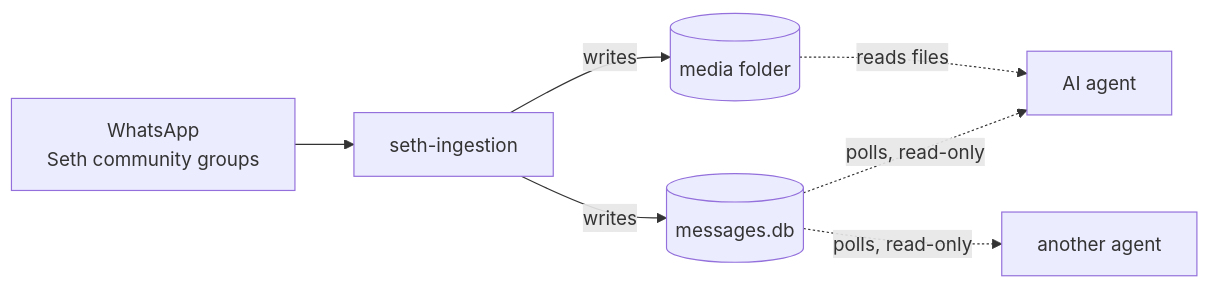
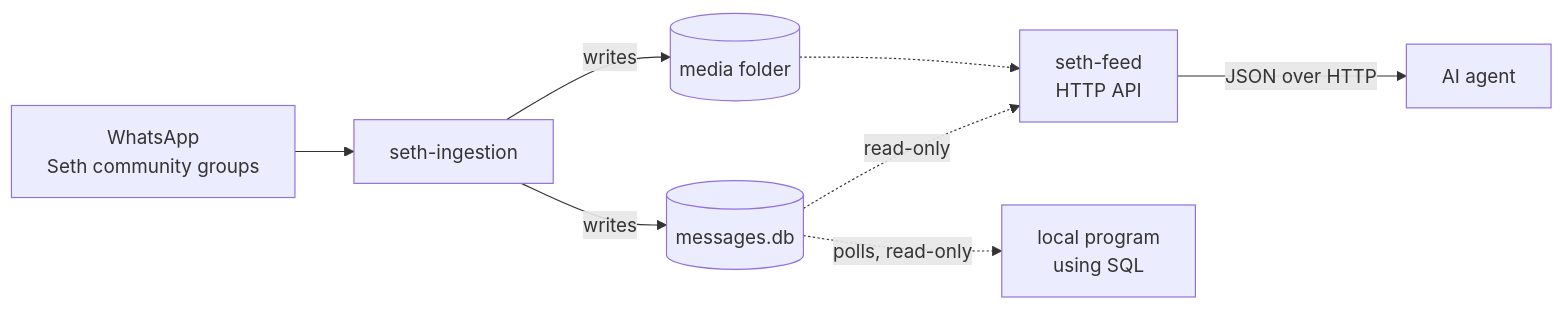
The diagram in docs/CONSUMING.md (tongtianqi777/seth-ingestion), drawn with Mermaid before and after one commit. The commit also changed other lines of this file and 8 other files, not shown here.

First line of the commit message:
Add seth-feed, a read-only HTTP API for AI agents

````diff
--- a/docs/CONSUMING.md
+++ b/docs/CONSUMING.md
@@ -19,9 +24,10 @@
 ```mermaid
 flowchart LR
     WA["WhatsApp<br/>Seth community groups"] --> SI["seth-ingestion"]
     SI -- writes --> DB[("messages.db")]
     SI -- writes --> MF[("media folder")]
-    DB -. "polls, read-only" .-> A1["AI agent"]
-    MF -. "reads files" .-> A1
-    DB -. "polls, read-only" .-> A2["another agent"]
+    DB -. "read-only" .-> SF["seth-feed<br/>HTTP API"]
+    MF -.-> SF
+    SF -- "JSON over HTTP" --> A1["AI agent"]
+    DB -. "polls, read-only" .-> A2["local program<br/>using SQL"]
 ```
````
